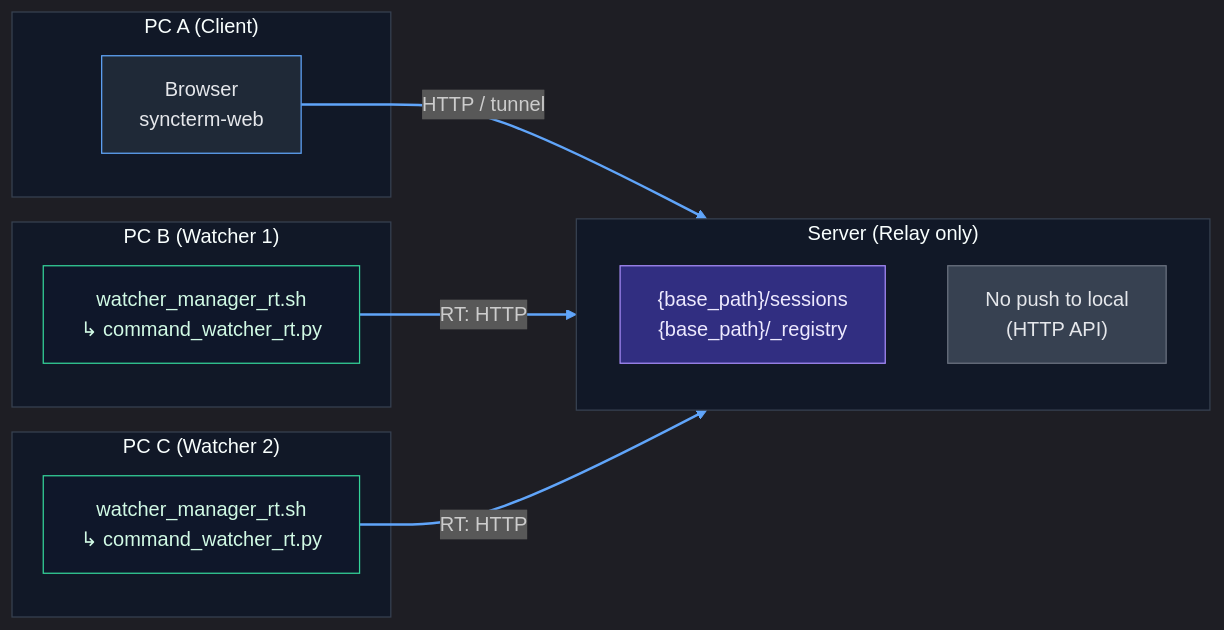
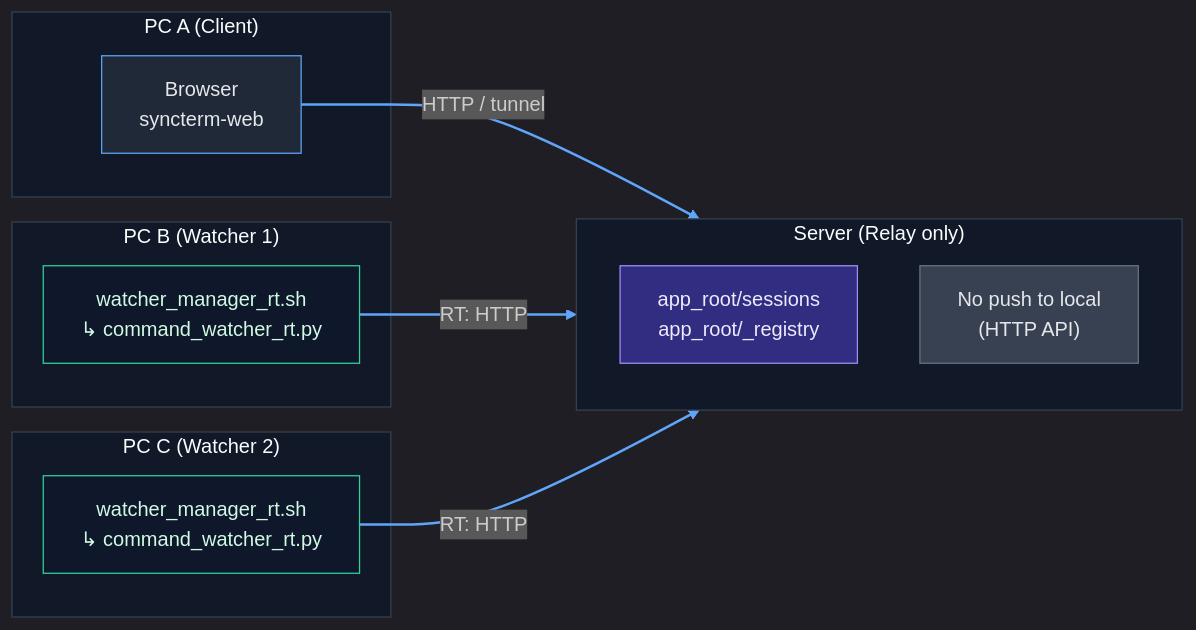
The diagram in README.md (ri0097fx/SyncTerm-IDE), drawn with Mermaid before and after one commit. The commit also changed other lines of this file and 13 other files, not shown here.

````diff
--- a/README.md
+++ b/README.md
@@ -27,41 +27,41 @@
 ```mermaid
 %%{init: {"theme": "dark"}}%%
 flowchart LR
   subgraph A["PC A (Client)"]
     WEB["Browser<br/>syncterm-web"]
   end
 
   subgraph S["Server (Relay only)"]
-    STORE["{base_path}/sessions<br/>{base_path}/_registry"]
+    STORE["app_root/sessions<br/>app_root/_registry"]
     NOTE["No push to local<br/>(HTTP API)"]
   end
 
   subgraph B["PC B (Watcher 1)"]
     W1["watcher_manager_rt.sh<br/>↳ command_watcher_rt.py"]
   end
 
   subgraph C["PC C (Watcher 2)"]
     W2["watcher_manager_rt.sh<br/>↳ command_watcher_rt.py"]
   end
 
   WEB -->|HTTP / tunnel| S
   W1  -->|RT: HTTP| S
   W2  -->|RT: HTTP| S
 
   classDef local   fill:#1f2937,stroke:#60a5fa,color:#e5e7eb;
   classDef watcher fill:#0f172a,stroke:#34d399,color:#d1fae5;
   classDef storage fill:#312e81,stroke:#a78bfa,color:#ede9fe;
   classDef note    fill:#374151,stroke:#6b7280,color:#e5e7eb;
 
   class WEB local
   class W1,W2 watcher
   class STORE storage
   class NOTE note
 
   style A fill:#111827,stroke:#374151,stroke-width:1px
   style B fill:#111827,stroke:#374151,stroke-width:1px
   style C fill:#111827,stroke:#374151,stroke-width:1px
   style S fill:#111827,stroke:#374151,stroke-width:1px
 
   linkStyle default stroke:#60a5fa,stroke-width:2px
 ```
````
